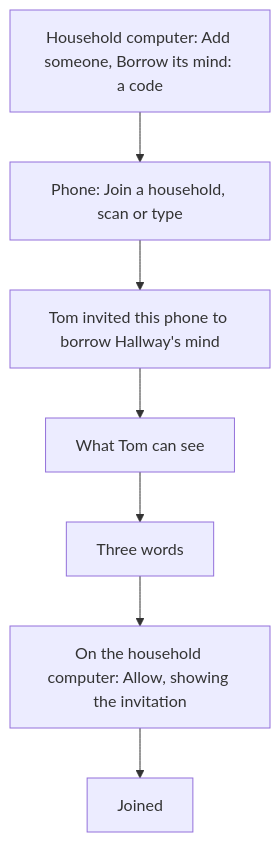
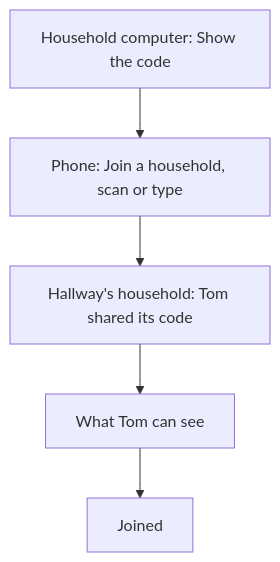
One commit to agync/nocturne changed the second of 3 diagrams in docs/design/household-server.md. Above: the diagram before and after it, drawn with Mermaid. The commit also changed other lines of this file and 26 other files, not shown here.

````diff
--- a/docs/design/household-server.md
+++ b/docs/design/household-server.md
@@ -83,9 +85,7 @@
 ```mermaid
 flowchart TD
-    A[Household computer: Add someone, Borrow its mind: a code] --> S[Phone: Join a household, scan or type]
-    S --> F[Tom invited this phone to borrow Hallway's mind]
+    A[Household computer: Show the code] --> S[Phone: Join a household, scan or type]
+    S --> F[Hallway's household: Tom shared its code]
     F --> SB[What Tom can see]
-    SB --> W[Three words]
-    W --> AL[On the household computer: Allow, showing the invitation]
-    AL --> J[Joined]
+    SB --> J[Joined]
 ```
````
